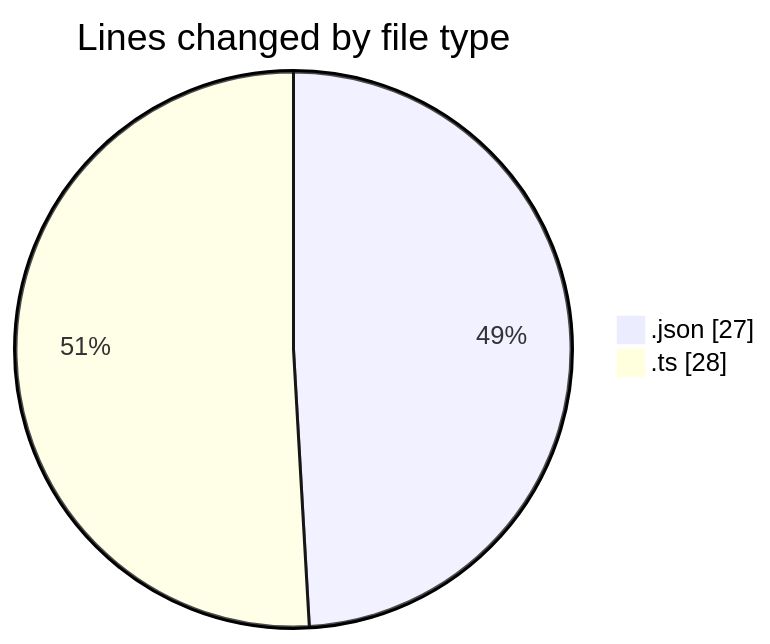
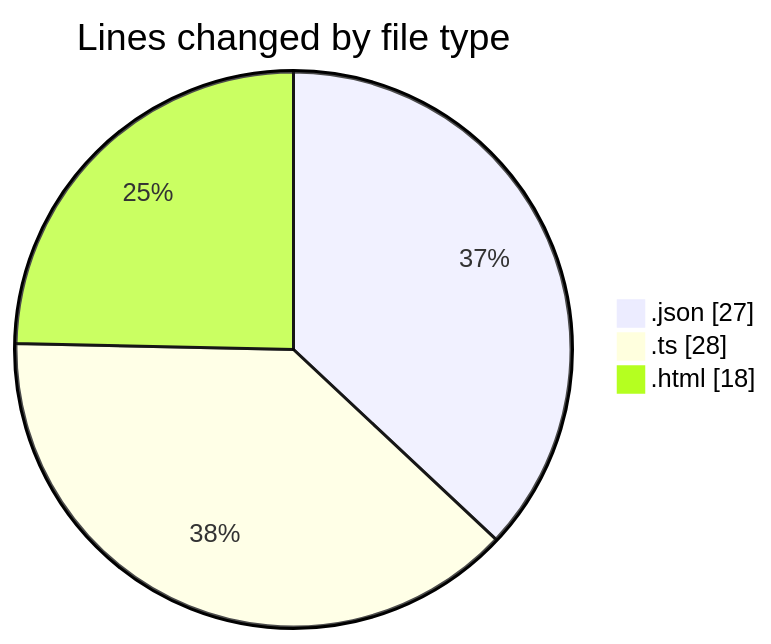
The first of 2 diagrams in 2025-02-26/area-formacao-web/README.md (robertbonfada/code-tracking), drawn with Mermaid before and after one commit. The commit also changed other lines of this file and 1 other file, not shown here.

````diff
--- a/2025-02-26/area-formacao-web/README.md
+++ b/2025-02-26/area-formacao-web/README.md
@@ -21,6 +22,7 @@
 ```mermaid
 pie showData
 title Lines changed by file type
 ".json" : 27
 ".ts" : 28
+".html" : 18
 ```
````
